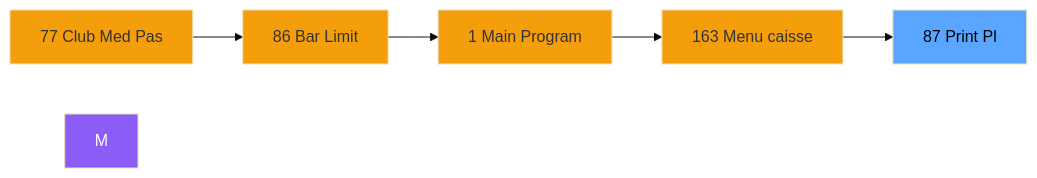
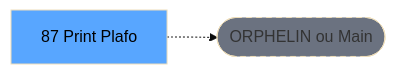
One commit to thonyAGP/lecteur-magic changed the second of 3 diagrams in .openspec/renders/ADH-IDE-87.md. Above: the diagram before and after it, drawn with Mermaid (base theme). The commit also changed other lines of this file and 701 other files, not shown here.

````diff
--- a/.openspec/renders/ADH-IDE-87.md
+++ b/.openspec/renders/ADH-IDE-87.md
@@ -115,18 +120,8 @@
 ```mermaid
 graph LR
-    N77[77 Club Med Pas]
-    N86[86 Bar Limit]
-    N1[1 Main Program]
-    N163[163 Menu caisse ]
-    T[87     Print Pl]
-    N77 --> N86
-    N86 --> N1
-    N1 --> N163
-    N163 --> T
-    style M fill:#8b5cf6,color:#fff
-    style N77 fill:#f59e0b
-    style N86 fill:#f59e0b
-    style N1 fill:#f59e0b
-    style N163 fill:#f59e0b
+    T[87     Print Plafo]
+    ORPHAN([ORPHELIN ou Main])
+    T -.-> ORPHAN
     style T fill:#58a6ff,color:#000
+    style ORPHAN fill:#6b7280,stroke-dasharray: 5 5
 ```
````
